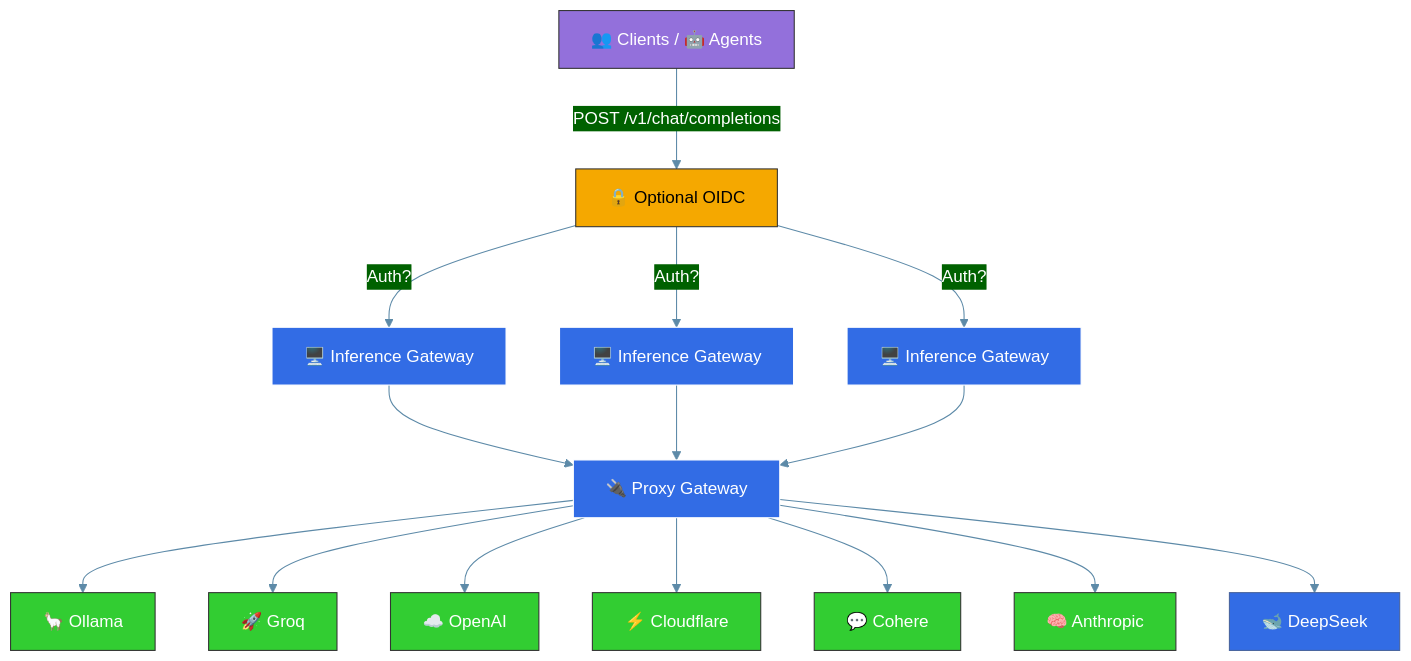
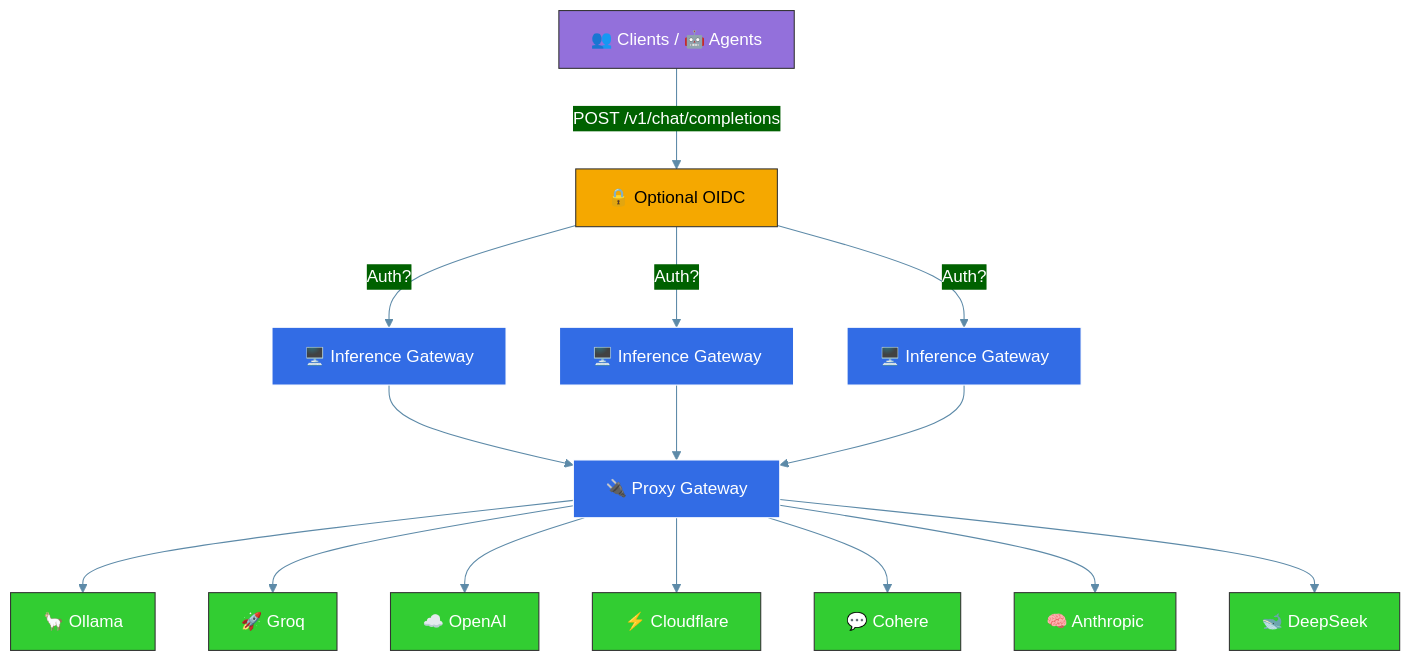
Before and after one commit to sammcj/inference-gateway: the diagram in README.md, drawn with Mermaid.

Commit message:
docs: Update README to include H3 in provider class diagram

````diff
--- a/README.md
+++ b/README.md
@@ -54,39 +54,39 @@
 ```mermaid
 %%{init: {'theme': 'base', 'themeVariables': { 'primaryColor': '#326CE5', 'primaryTextColor': '#fff', 'lineColor': '#5D8AA8', 'secondaryColor': '#006100' }, 'fontFamily': 'Arial', 'flowchart': {'nodeSpacing': 50, 'rankSpacing': 70, 'padding': 15}}}%%
 
 
 graph TD
     %% Client nodes
     A["👥 Clients / 🤖 Agents"] --> |POST /v1/chat/completions| Auth
 
     %% Auth node
     Auth["🔒 Optional OIDC"] --> |Auth?| IG1
     Auth --> |Auth?| IG2
     Auth --> |Auth?| IG3
 
     %% Gateway nodes
     IG1["🖥️ Inference Gateway"] --> P
     IG2["🖥️ Inference Gateway"] --> P
     IG3["🖥️ Inference Gateway"] --> P
 
     %% Proxy and providers
     P["🔌 Proxy Gateway"] --> C["🦙 Ollama"]
     P --> D["🚀 Groq"]
     P --> E["☁️ OpenAI"]
     P --> G["⚡ Cloudflare"]
     P --> H1["💬 Cohere"]
     P --> H2["🧠 Anthropic"]
     P --> H3["🐋 DeepSeek"]
 
     %% Define styles
     classDef client fill:#9370DB,stroke:#333,stroke-width:1px,color:white;
     classDef auth fill:#F5A800,stroke:#333,stroke-width:1px,color:black;
     classDef gateway fill:#326CE5,stroke:#fff,stroke-width:1px,color:white;
     classDef provider fill:#32CD32,stroke:#333,stroke-width:1px,color:white;
 
     %% Apply styles
     class A client;
     class Auth auth;
     class IG1,IG2,IG3,P gateway;
-    class C,D,E,G,H1,H2 provider;
+    class C,D,E,G,H1,H2,H3 provider;
 ```
````
